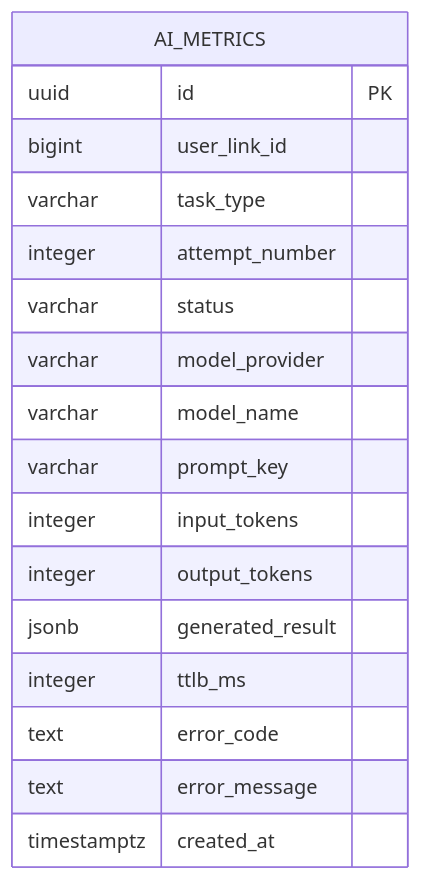
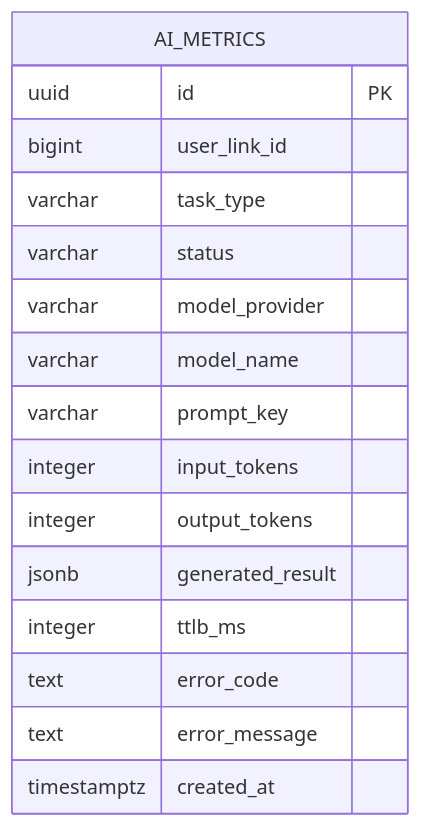
The diagram in docs/database/tables/ai_metrics.md (mash-up-kr/Promise.9-Server), drawn with Mermaid before and after one commit. The commit also changed other lines of this file and 8 other files, not shown here.

````diff
--- a/docs/database/tables/ai_metrics.md
+++ b/docs/database/tables/ai_metrics.md
@@ -11,20 +11,19 @@
 ```mermaid
 erDiagram
   AI_METRICS {
     uuid id PK
     bigint user_link_id
     varchar task_type
-    integer attempt_number
     varchar status
     varchar model_provider
     varchar model_name
     varchar prompt_key
     integer input_tokens
     integer output_tokens
     jsonb generated_result
     integer ttlb_ms
     text error_code
     text error_message
     timestamptz created_at
   }
 ```
````
